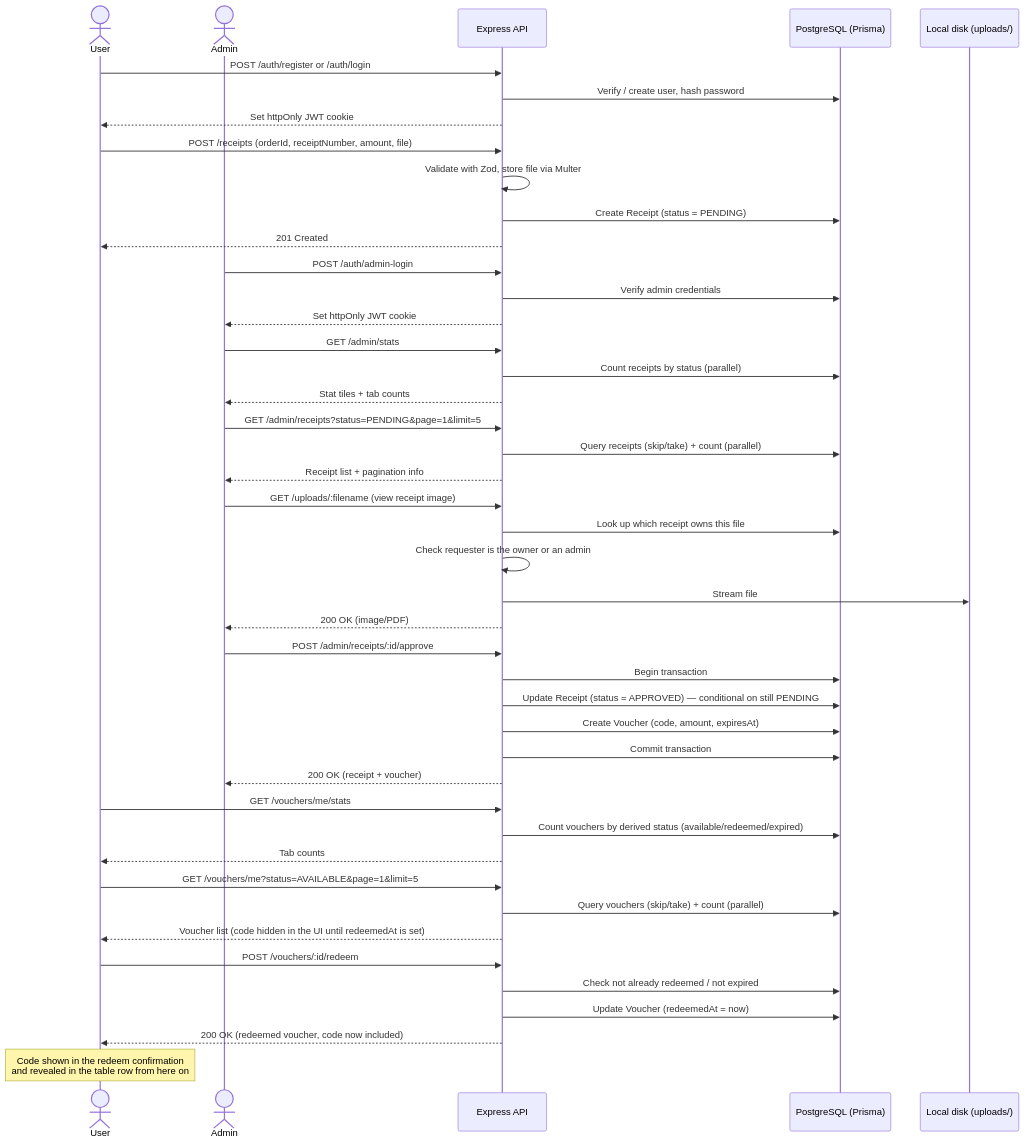
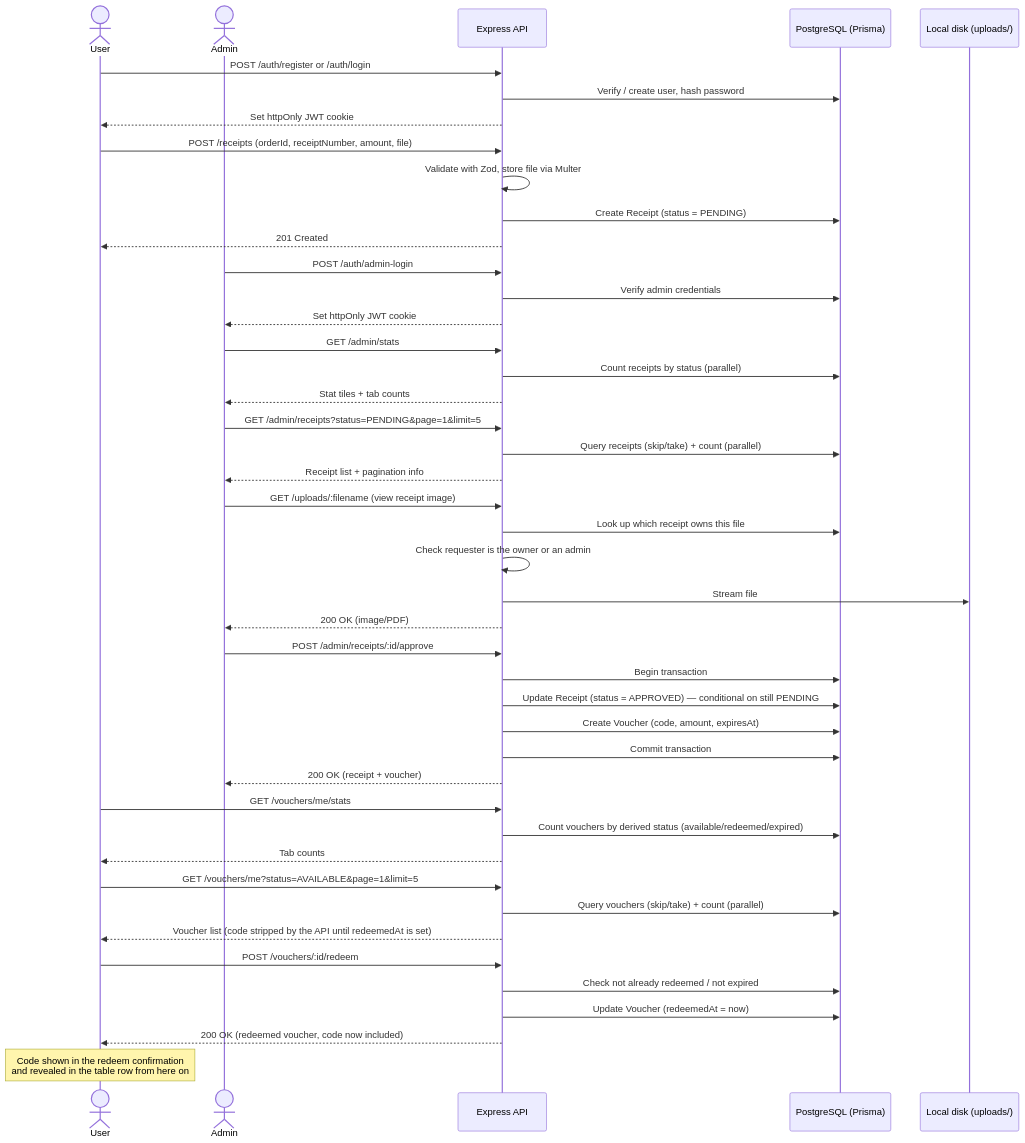
One commit to WanAlif/loyalty-program changed the diagram in README.md. Above: the diagram before and after it, drawn with Mermaid. The commit also changed other lines of this file and 1 other file, not shown here.

Commit message:
update API documentation and README

````diff
--- a/README.md
+++ b/README.md
@@ -201,56 +202,56 @@
 ```mermaid
 sequenceDiagram
     actor User
     actor Admin
     participant API as Express API
     participant DB as PostgreSQL (Prisma)
     participant FS as Local disk (uploads/)
 
     User->>API: POST /auth/register or /auth/login
     API->>DB: Verify / create user, hash password
     API-->>User: Set httpOnly JWT cookie
 
     User->>API: POST /receipts (orderId, receiptNumber, amount, file)
     API->>API: Validate with Zod, store file via Multer
     API->>DB: Create Receipt (status = PENDING)
     API-->>User: 201 Created
 
     Admin->>API: POST /auth/admin-login
     API->>DB: Verify admin credentials
     API-->>Admin: Set httpOnly JWT cookie
 
     Admin->>API: GET /admin/stats
     API->>DB: Count receipts by status (parallel)
     API-->>Admin: Stat tiles + tab counts
 
     Admin->>API: GET /admin/receipts?status=PENDING&page=1&limit=5
     API->>DB: Query receipts (skip/take) + count (parallel)
     API-->>Admin: Receipt list + pagination info
 
     Admin->>API: GET /uploads/:filename (view receipt image)
     API->>DB: Look up which receipt owns this file
     API->>API: Check requester is the owner or an admin
     API->>FS: Stream file
     API-->>Admin: 200 OK (image/PDF)
 
     Admin->>API: POST /admin/receipts/:id/approve
     API->>DB: Begin transaction
     API->>DB: Update Receipt (status = APPROVED) — conditional on still PENDING
     API->>DB: Create Voucher (code, amount, expiresAt)
     API->>DB: Commit transaction
     API-->>Admin: 200 OK (receipt + voucher)
 
     User->>API: GET /vouchers/me/stats
     API->>DB: Count vouchers by derived status (available/redeemed/expired)
     API-->>User: Tab counts
 
     User->>API: GET /vouchers/me?status=AVAILABLE&page=1&limit=5
     API->>DB: Query vouchers (skip/take) + count (parallel)
-    API-->>User: Voucher list (code hidden in the UI until redeemedAt is set)
+    API-->>User: Voucher list (code stripped by the API until redeemedAt is set)
 
     User->>API: POST /vouchers/:id/redeem
     API->>DB: Check not already redeemed / not expired
     API->>DB: Update Voucher (redeemedAt = now)
     API-->>User: 200 OK (redeemed voucher, code now included)
     Note over User: Code shown in the redeem confirmation<br/>and revealed in the table row from here on
 ```
````
